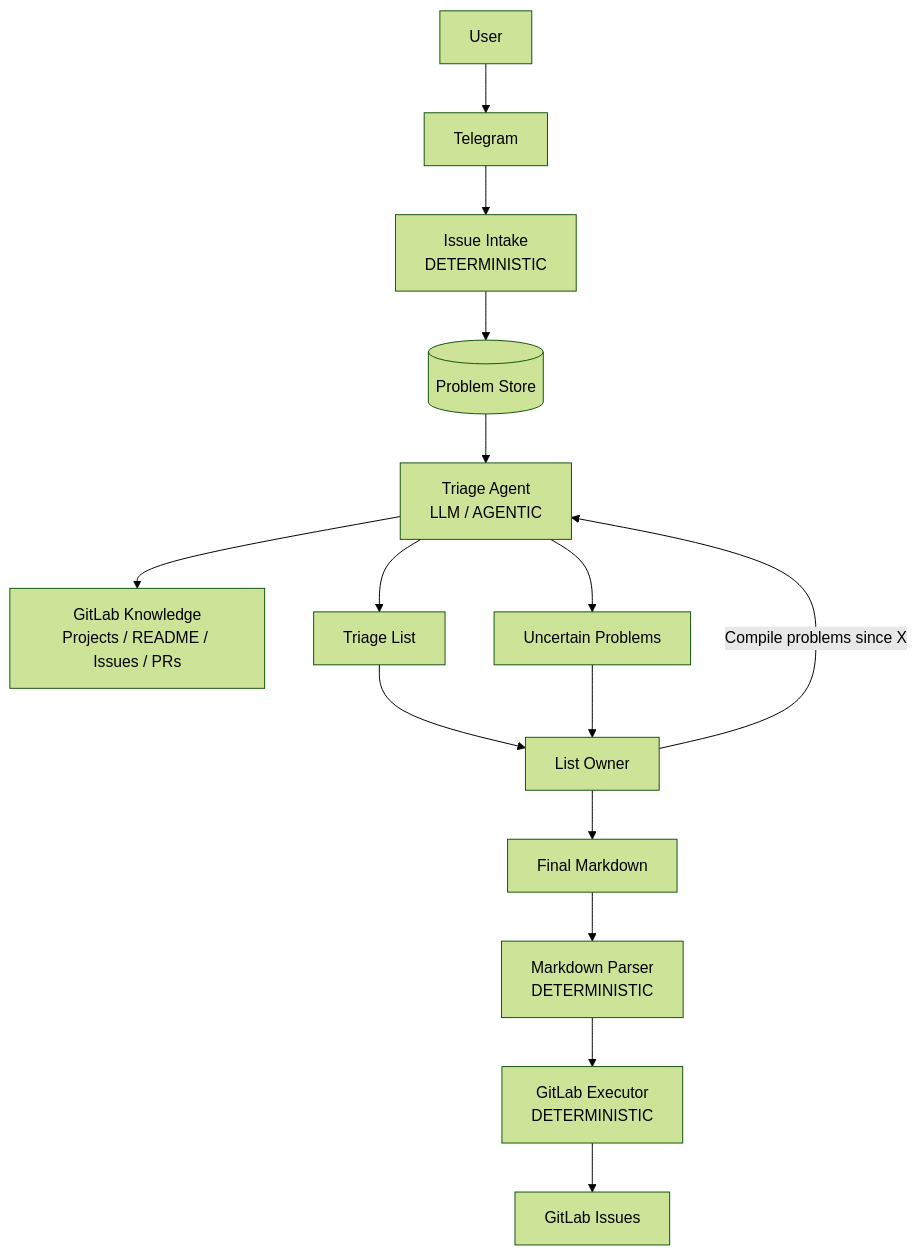
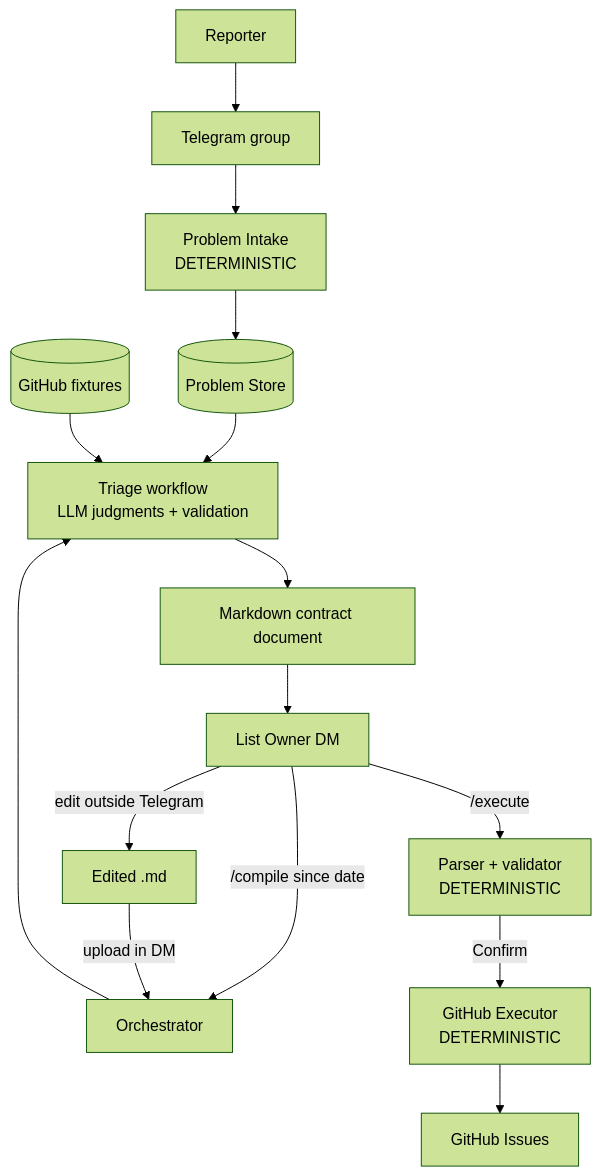
The diagram in docs/mvp_system_specification.md (aryabchi/tg-triage-gitlab), drawn with Mermaid (forest theme) before and after one commit. The commit also changed other lines of this file, not shown here.

Commit message:
Revise the MVP spec to lock review decisions: GitHub for the demo, deterministic triage, and a Telegram Markdown round-trip.

````diff
--- a/docs/mvp_system_specification.md
+++ b/docs/mvp_system_specification.md
@@ -550,23 +697,19 @@
 ```mermaid
 flowchart TD
-    U[User] --> TG[Telegram]
-    TG --> IN[Issue Intake<br/>DETERMINISTIC]
+    U[Reporter] --> TG[Telegram group]
+    TG --> IN[Problem Intake<br/>DETERMINISTIC]
     IN --> PS[(Problem Store)]
 
-    O[List Owner] -->|Compile problems since X| TA[Triage Agent<br/>LLM / AGENTIC]
+    O[List Owner DM] -->|/compile since date| ORCH[Orchestrator]
+    ORCH --> TE[Triage workflow<br/>LLM judgments + validation]
+    PS --> TE
+    FX[(GitHub fixtures)] --> TE
+    TE --> MD[Markdown contract document]
 
-    PS --> TA
-    TA --> GL[GitLab Knowledge<br/>Projects / README / Issues / PRs]
-
-    TA --> TL[Triage List]
-    TL --> O
-
-    TA --> UR[Uncertain Problems]
-    UR --> O
-
-    O --> MD[Final Markdown]
-    MD --> MP[Markdown Parser<br/>DETERMINISTIC]
-
-    MP --> GE[GitLab Executor<br/>DETERMINISTIC]
-    GE --> GI[GitLab Issues]
+    MD --> O
+    O -->|edit outside Telegram| ED[Edited .md]
+    ED -->|upload in DM| ORCH
+    O -->|/execute| EX[Parser + validator<br/>DETERMINISTIC]
+    EX -->|Confirm| GE[GitHub Executor<br/>DETERMINISTIC]
+    GE --> GI[GitHub Issues]
 ```
````
